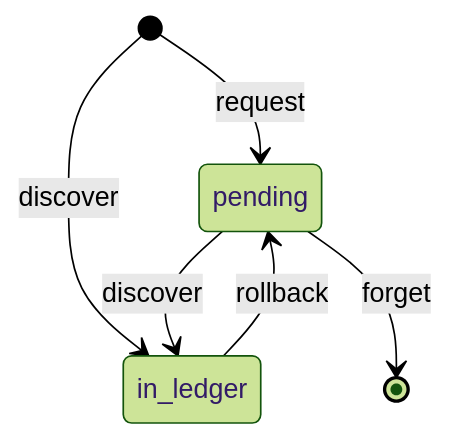
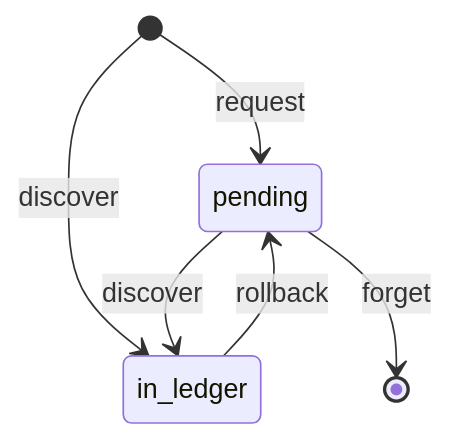
Before and after one commit to cardano-foundation/cardano-wallet: the first of 2 diagrams in docs/concepts/transaction-lifecycle.md, drawn with Mermaid. The commit also changed other lines of this file and 6 other files, not shown here.

````diff
--- a/docs/concepts/transaction-lifecycle.md
+++ b/docs/concepts/transaction-lifecycle.md
@@ -11,9 +17,8 @@
 ```mermaid
-%%{init: {'theme': 'forest' } }%%
 stateDiagram
   [*] --> pending: request
   [*] --> in_ledger: discover
   pending --> in_ledger: discover
   pending --> [*]: forget
   in_ledger --> pending: rollback
 ```
````
